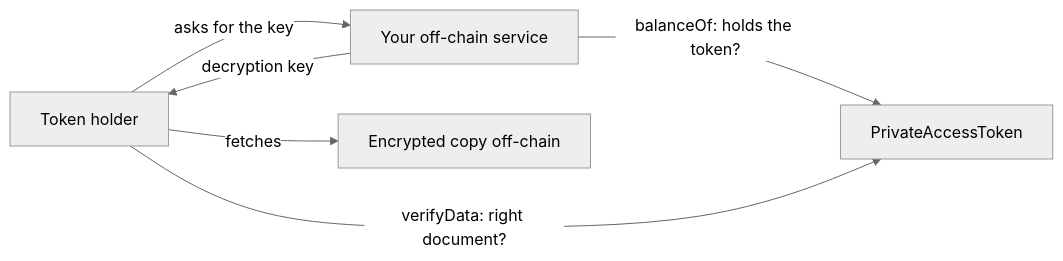
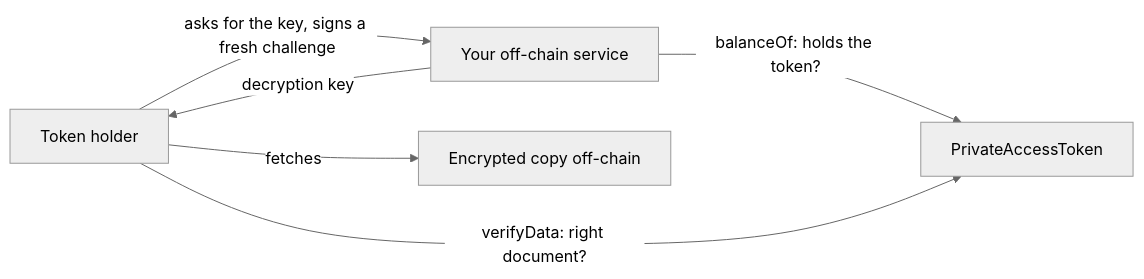
The diagram in README.md (CoinClubQuincy/PrivateAccessToken), drawn with Mermaid (neutral theme) before and after one commit. The commit also changed other lines of this file, not shown here.

Commit message:
Say that the key service must check a signature
balanceOf shows what an address holds, not that the person asking controls it.

````diff
--- a/README.md
+++ b/README.md
@@ -21,8 +21,8 @@
 ```mermaid
 flowchart LR
-    H[Token holder] -->|asks for the key| S[Your off-chain service]
+    H[Token holder] -->|asks for the key, signs a fresh challenge| S[Your off-chain service]
     S -->|balanceOf: holds the token?| C[PrivateAccessToken]
     S -->|decryption key| H
     H -->|fetches| E[Encrypted copy off-chain]
     H -->|verifyData: right document?| C
 ```
````
